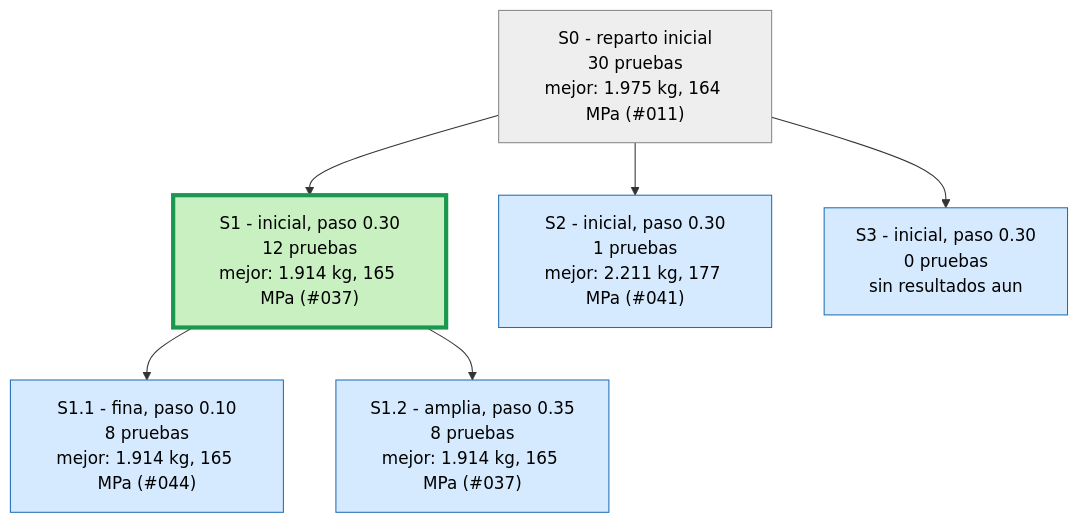
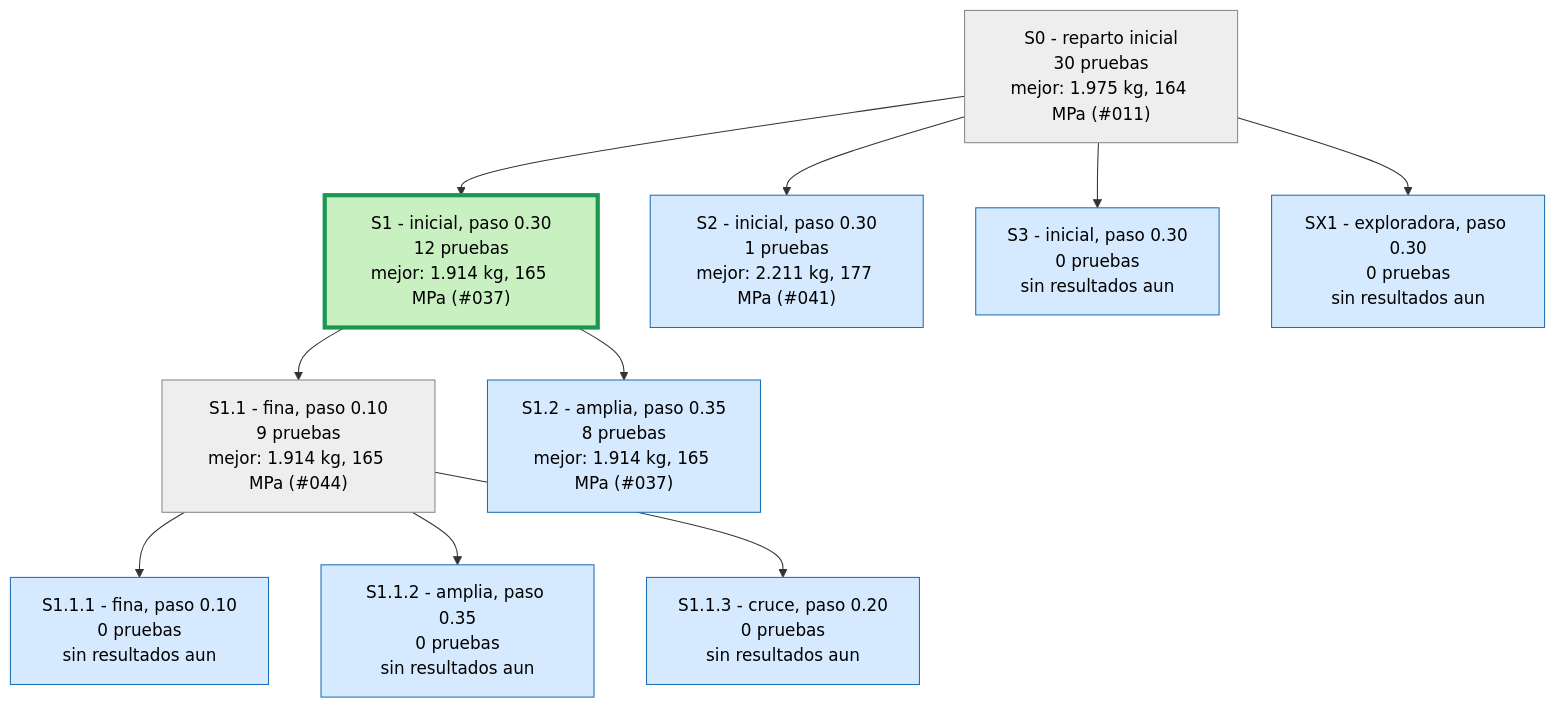
Before and after one commit to Hugiko/msd-soporte-optimizacion: the first of 4 diagrams in runs/opt_37800N/ARBOL.md, drawn with Mermaid. The commit also changed 22 other files, not shown here.

````diff
--- a/runs/opt_37800N/ARBOL.md
+++ b/runs/opt_37800N/ARBOL.md
@@ -9,17 +9,25 @@
 ```mermaid
 graph TD
 classDef activa fill:#d6eaff,stroke:#1f6fb5,color:#000
 classDef fin fill:#eeeeee,stroke:#888,color:#000
 classDef mejor fill:#c8f0c0,stroke:#1a9850,stroke-width:4px,color:#000
 S0["S0 - reparto inicial<br/>30 pruebas<br/>mejor: 1.975 kg, 164 MPa (#011)"]:::fin
 S1["S1 - inicial, paso 0.30<br/>12 pruebas<br/>mejor: 1.914 kg, 165 MPa (#037)"]:::mejor
 S0 --> S1
 S2["S2 - inicial, paso 0.30<br/>1 pruebas<br/>mejor: 2.211 kg, 177 MPa (#041)"]:::activa
 S0 --> S2
 S3["S3 - inicial, paso 0.30<br/>0 pruebas<br/>sin resultados aun"]:::activa
 S0 --> S3
-S1_1["S1.1 - fina, paso 0.10<br/>8 pruebas<br/>mejor: 1.914 kg, 165 MPa (#044)"]:::activa
+S1_1["S1.1 - fina, paso 0.10<br/>9 pruebas<br/>mejor: 1.914 kg, 165 MPa (#044)"]:::fin
 S1 --> S1_1
 S1_2["S1.2 - amplia, paso 0.35<br/>8 pruebas<br/>mejor: 1.914 kg, 165 MPa (#037)"]:::activa
 S1 --> S1_2
+S1_1_1["S1.1.1 - fina, paso 0.10<br/>0 pruebas<br/>sin resultados aun"]:::activa
+S1_1 --> S1_1_1
+S1_1_2["S1.1.2 - amplia, paso 0.35<br/>0 pruebas<br/>sin resultados aun"]:::activa
+S1_1 --> S1_1_2
+S1_1_3["S1.1.3 - cruce, paso 0.20<br/>0 pruebas<br/>sin resultados aun"]:::activa
+S1_1 --> S1_1_3
+SX1["SX1 - exploradora, paso 0.30<br/>0 pruebas<br/>sin resultados aun"]:::activa
+S0 --> SX1
 ```
````
